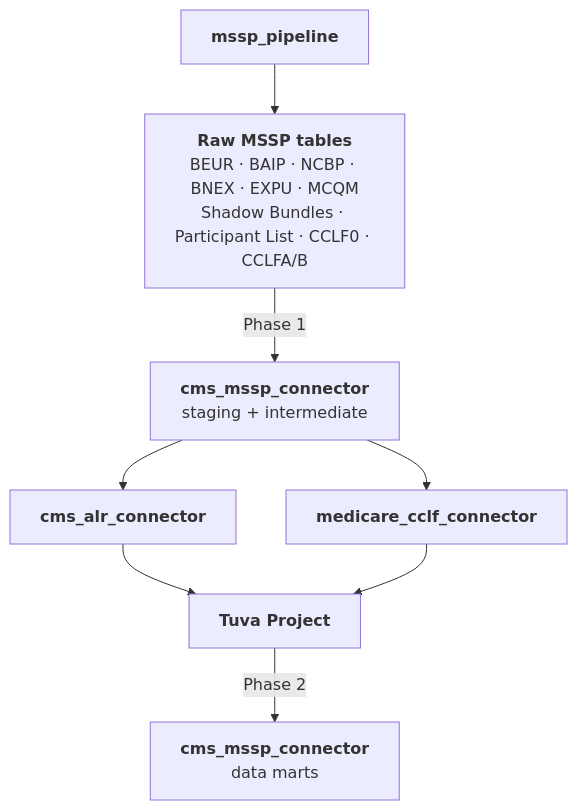
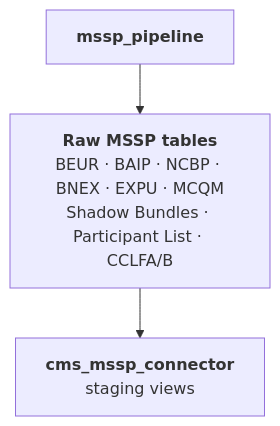
One commit to tuva-health/tuva changed the diagram in docs/docs/mssp-acos/cms-mssp-connector.md. Above: the diagram before and after it, drawn with Mermaid. The commit also changed other lines of this file and 4 other files, not shown here.

````diff
--- a/docs/docs/mssp-acos/cms-mssp-connector.md
+++ b/docs/docs/mssp-acos/cms-mssp-connector.md
@@ -49,14 +41,8 @@
 ```mermaid
 flowchart TD
     A["`**mssp_pipeline**`"] --> B["`**Raw MSSP tables**
 BEUR · BAIP · NCBP · BNEX · EXPU · MCQM
-Shadow Bundles · Participant List · CCLF0 · CCLFA/B`"]
-    B -->|Phase 1| C["`**cms_mssp_connector**
-staging + intermediate`"]
-    C --> D["`**cms_alr_connector**`"]
-    C --> E["`**medicare_cclf_connector**`"]
-    D --> F["`**Tuva Project**`"]
-    E --> F
-    F -->|Phase 2| G["`**cms_mssp_connector**
-data marts`"]
+Shadow Bundles · Participant List · CCLFA/B`"]
+    B --> C["`**cms_mssp_connector**
+staging views`"]
 ```
````
